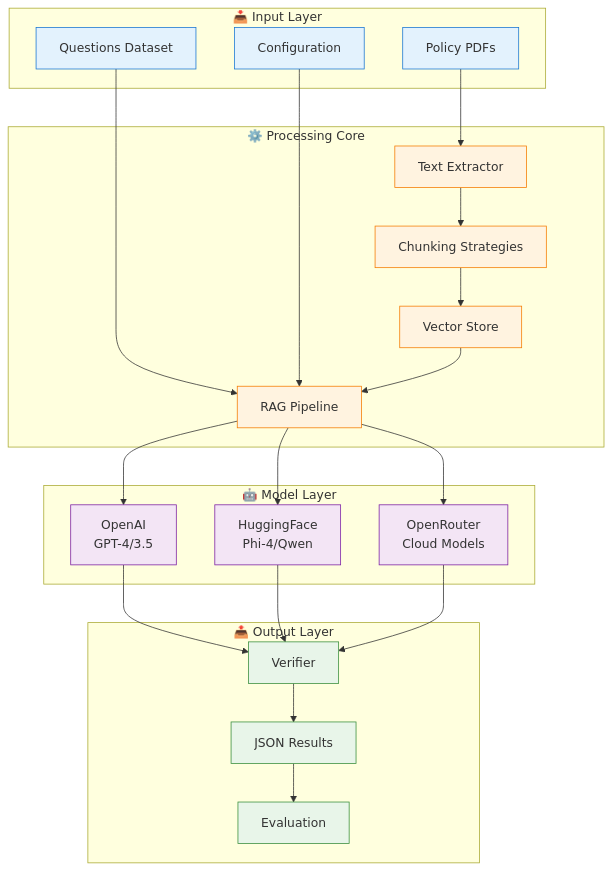
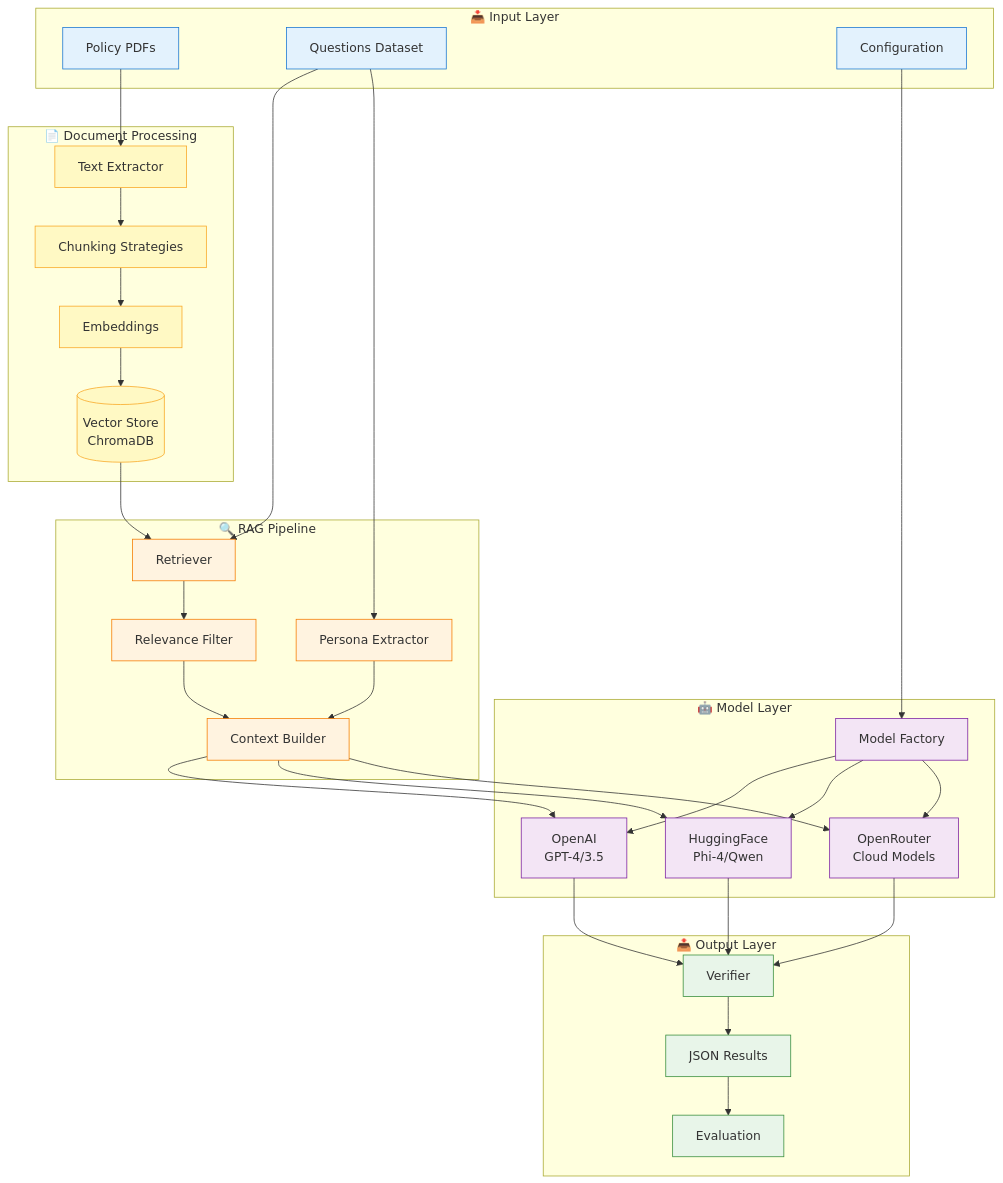
The first of 2 diagrams in docs/architecture/overview.md (jean3P/GPT_AITIS), drawn with Mermaid before and after one commit. The commit also changed other lines of this file and 8 other files, not shown here.

First line of the commit message:
Update documentation to expand on RAG pipeline, vector store, evaluation phases, and chunking strategies

````diff
--- a/docs/architecture/overview.md
+++ b/docs/architecture/overview.md
@@ -11,16 +11,25 @@
         C[Configuration]
     end
 
-    %% Processing Core
-    subgraph Processing["⚙️ Processing Core"]
+    %% Document Processing
+    subgraph DocProcess["📄 Document Processing"]
         TE[Text Extractor]
         CS[Chunking Strategies]
-        VS[Vector Store]
-        RAG[RAG Pipeline]
+        EMB[Embeddings]
+        VS[(Vector Store<br/>ChromaDB)]
+    end
+
+    %% RAG Core
+    subgraph RAGCore["🔍 RAG Pipeline"]
+        RET[Retriever]
+        PE[Persona Extractor]
+        FIL[Relevance Filter]
+        CTX[Context Builder]
     end
 
     %% Model Layer
     subgraph Models["🤖 Model Layer"]
+        MF[Model Factory]
         OAI[OpenAI<br/>GPT-4/3.5]
         HF[HuggingFace<br/>Phi-4/Qwen]
         OR[OpenRouter<br/>Cloud Models]
@@ -33,34 +42,48 @@
         EVAL[Evaluation]
     end
 
-    %% Connections
+    %% Document Processing Flow
     P --> TE
-    Q --> RAG
-    C --> RAG
+    TE --> CS
+    CS --> EMB
+    EMB --> VS
+
+    %% Query Processing Flow
+    Q --> RET
+    Q --> PE
+    C --> MF
+    VS --> RET
+    RET --> FIL
+    FIL --> CTX
+    PE --> CTX
     
-    TE --> CS
-    CS --> VS
-    VS --> RAG
+    %% Model Selection
+    MF --> OAI
+    MF --> HF
+    MF --> OR
     
-    RAG --> OAI
-    RAG --> HF
-    RAG --> OR
+    %% Inference Flow
+    CTX --> OAI
+    CTX --> HF
+    CTX --> OR
     
+    %% Output Flow
     OAI --> VER
     HF --> VER
     OR --> VER
-    
     VER --> JSON
     JSON --> EVAL
 
     %% Styling
     classDef input fill:#e3f2fd,stroke:#1976d2
-    classDef process fill:#fff3e0,stroke:#f57c00
+    classDef docproc fill:#fff9c4,stroke:#f9a825
+    classDef ragcore fill:#fff3e0,stroke:#f57c00
     classDef model fill:#f3e5f5,stroke:#7b1fa2
     classDef output fill:#e8f5e9,stroke:#388e3c
     
     class P,Q,C input
-    class TE,CS,VS,RAG process
-    class OAI,HF,OR model
+    class TE,CS,EMB,VS docproc
+    class RET,PE,FIL,CTX ragcore
+    class MF,OAI,HF,OR model
     class VER,JSON,EVAL output
 ```
````
